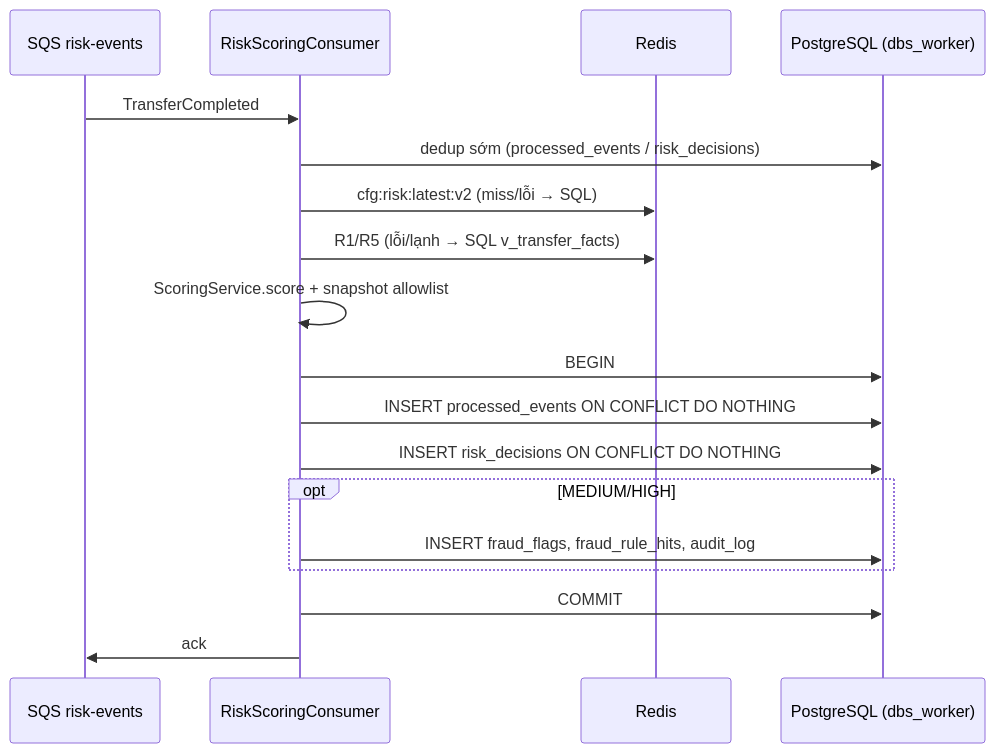
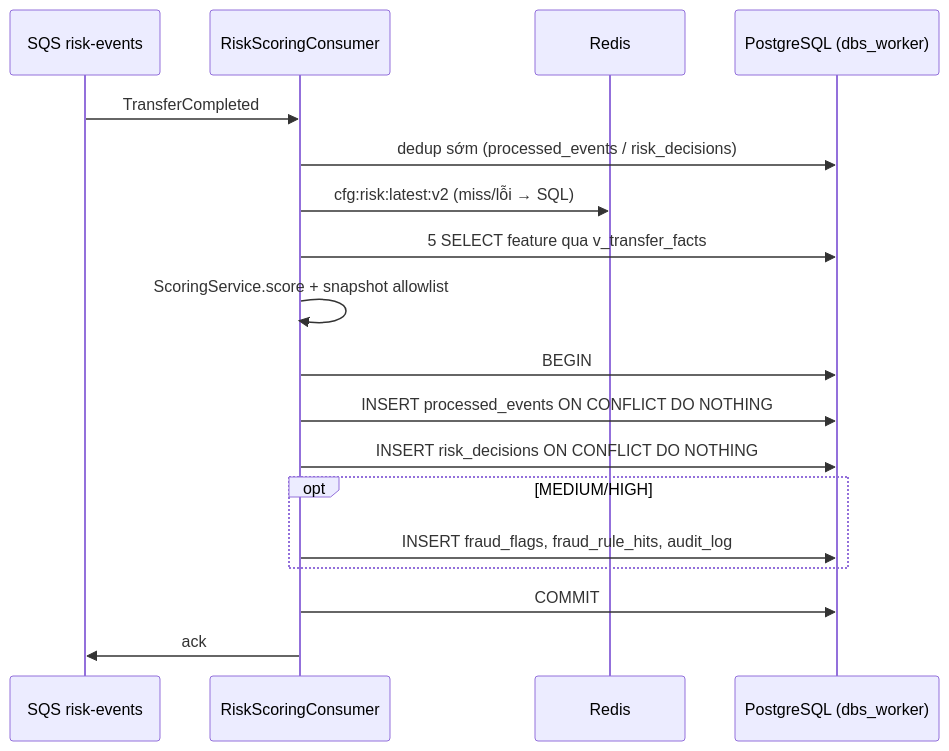
One commit to Lawliet119/digital-banking-simulator changed the diagram in docs/features/DBS-111-risk-scoring-consumer.md. Above: the diagram before and after it, drawn with Mermaid. The commit also changed other lines of this file and 19 other files, not shown here.

````diff
--- a/docs/features/DBS-111-risk-scoring-consumer.md
+++ b/docs/features/DBS-111-risk-scoring-consumer.md
@@ -155,20 +154,20 @@
 ```mermaid
 sequenceDiagram
   participant Q as SQS risk-events
   participant C as RiskScoringConsumer
   participant R as Redis
   participant DB as PostgreSQL (dbs_worker)
   Q->>C: TransferCompleted
   C->>DB: dedup sớm (processed_events / risk_decisions)
   C->>R: cfg:risk:latest:v2 (miss/lỗi → SQL)
-  C->>R: R1/R5 (lỗi/lạnh → SQL v_transfer_facts)
+  C->>DB: 5 SELECT feature qua v_transfer_facts
   C->>C: ScoringService.score + snapshot allowlist
   C->>DB: BEGIN
   C->>DB: INSERT processed_events ON CONFLICT DO NOTHING
   C->>DB: INSERT risk_decisions ON CONFLICT DO NOTHING
   opt MEDIUM/HIGH
     C->>DB: INSERT fraud_flags, fraud_rule_hits, audit_log
   end
   C->>DB: COMMIT
   C->>Q: ack
 ```
````
